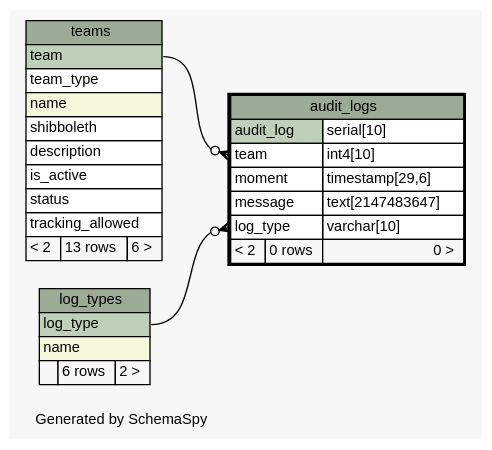
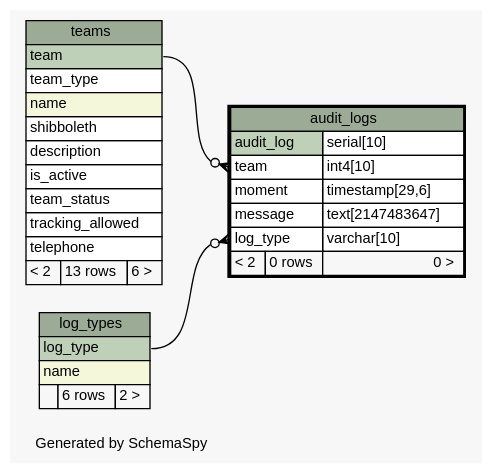
The diagram in Brazda/doc/db/diagrams/audit_logs.1degree.dot (xmarwin/brazda), drawn with Graphviz before and after one commit. The commit also changed 100 other files, not shown here.

```diff
--- a/Brazda/doc/db/diagrams/audit_logs.1degree.dot
+++ b/Brazda/doc/db/diagrams/audit_logs.1degree.dot
@@ -1,66 +1,67 @@
 // dot 2.40.1 on Linux 4.11.5-gentoo
 // SchemaSpy rev 590
 digraph "oneDegreeRelationshipsDiagram" {
   graph [
     rankdir="RL"
     bgcolor="#f7f7f7"
     label="\nGenerated by SchemaSpy"
     labeljust="l"
     nodesep="0.18"
     ranksep="0.46"
     fontname="Helvetica"
     fontsize="11"
   ];
   node [
     fontname="Helvetica"
     fontsize="11"
     shape="plaintext"
   ];
   edge [
     arrowsize="0.8"
   ];
   "audit_logs":"log_type":w -> "log_types":"log_type":e [arrowhead=none dir=back arrowtail=crowodot];
   "audit_logs":"team":w -> "teams":"team":e [arrowhead=none dir=back arrowtail=crowodot];
   "audit_logs" [
     label=<
     <TABLE BORDER="2" CELLBORDER="1" CELLSPACING="0" BGCOLOR="#ffffff">
       <TR><TD COLSPAN="3" BGCOLOR="#9bab96" ALIGN="CENTER">audit_logs</TD></TR>
       <TR><TD PORT="audit_log" COLSPAN="2" BGCOLOR="#bed1b8" ALIGN="LEFT">audit_log</TD><TD PORT="audit_log.type" ALIGN="LEFT">serial[10]</TD></TR>
       <TR><TD PORT="team" COLSPAN="2" ALIGN="LEFT">team</TD><TD PORT="team.type" ALIGN="LEFT">int4[10]</TD></TR>
       <TR><TD PORT="moment" COLSPAN="2" ALIGN="LEFT">moment</TD><TD PORT="moment.type" ALIGN="LEFT">timestamp[29,6]</TD></TR>
       <TR><TD PORT="message" COLSPAN="2" ALIGN="LEFT">message</TD><TD PORT="message.type" ALIGN="LEFT">text[2147483647]</TD></TR>
       <TR><TD PORT="log_type" COLSPAN="2" ALIGN="LEFT">log_type</TD><TD PORT="log_type.type" ALIGN="LEFT">varchar[10]</TD></TR>
       <TR><TD ALIGN="LEFT" BGCOLOR="#f7f7f7">&lt; 2</TD><TD ALIGN="RIGHT" BGCOLOR="#f7f7f7">0 rows</TD><TD ALIGN="RIGHT" BGCOLOR="#f7f7f7">0 &gt;</TD></TR>
     </TABLE>>
     URL="audit_logs.html"
     tooltip="audit_logs"
   ];
   "log_types" [
     label=<
     <TABLE BORDER="0" CELLBORDER="1" CELLSPACING="0" BGCOLOR="#ffffff">
       <TR><TD COLSPAN="3" BGCOLOR="#9bab96" ALIGN="CENTER">log_types</TD></TR>
       <TR><TD PORT="log_type" COLSPAN="3" BGCOLOR="#bed1b8" ALIGN="LEFT">log_type</TD></TR>
       <TR><TD PORT="name" COLSPAN="3" BGCOLOR="#f4f7da" ALIGN="LEFT">name</TD></TR>
       <TR><TD ALIGN="LEFT" BGCOLOR="#f7f7f7">  </TD><TD ALIGN="RIGHT" BGCOLOR="#f7f7f7">6 rows</TD><TD ALIGN="RIGHT" BGCOLOR="#f7f7f7">2 &gt;</TD></TR>
     </TABLE>>
     URL="log_types.html"
     tooltip="log_types"
   ];
   "teams" [
     label=<
     <TABLE BORDER="0" CELLBORDER="1" CELLSPACING="0" BGCOLOR="#ffffff">
       <TR><TD COLSPAN="3" BGCOLOR="#9bab96" ALIGN="CENTER">teams</TD></TR>
       <TR><TD PORT="team" COLSPAN="3" BGCOLOR="#bed1b8" ALIGN="LEFT">team</TD></TR>
       <TR><TD PORT="team_type" COLSPAN="3" ALIGN="LEFT">team_type</TD></TR>
       <TR><TD PORT="name" COLSPAN="3" BGCOLOR="#f4f7da" ALIGN="LEFT">name</TD></TR>
       <TR><TD PORT="shibboleth" COLSPAN="3" ALIGN="LEFT">shibboleth</TD></TR>
       <TR><TD PORT="description" COLSPAN="3" ALIGN="LEFT">description</TD></TR>
       <TR><TD PORT="is_active" COLSPAN="3" ALIGN="LEFT">is_active</TD></TR>
-      <TR><TD PORT="status" COLSPAN="3" ALIGN="LEFT">status</TD></TR>
+      <TR><TD PORT="team_status" COLSPAN="3" ALIGN="LEFT">team_status</TD></TR>
       <TR><TD PORT="tracking_allowed" COLSPAN="3" ALIGN="LEFT">tracking_allowed</TD></TR>
+      <TR><TD PORT="telephone" COLSPAN="3" ALIGN="LEFT">telephone</TD></TR>
       <TR><TD ALIGN="LEFT" BGCOLOR="#f7f7f7">&lt; 2</TD><TD ALIGN="RIGHT" BGCOLOR="#f7f7f7">13 rows</TD><TD ALIGN="RIGHT" BGCOLOR="#f7f7f7">6 &gt;</TD></TR>
     </TABLE>>
     URL="teams.html"
     tooltip="teams"
   ];
 }
```
